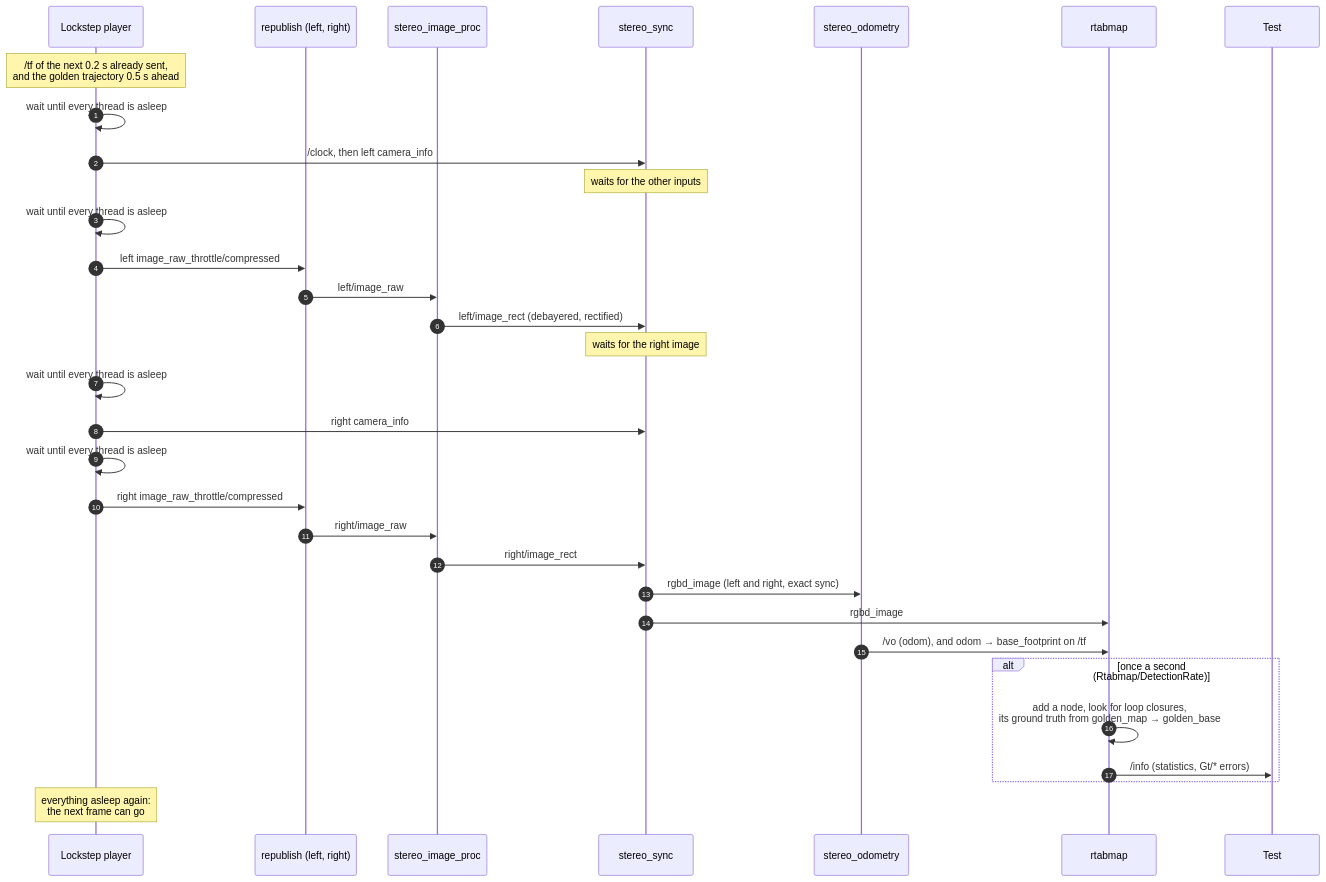
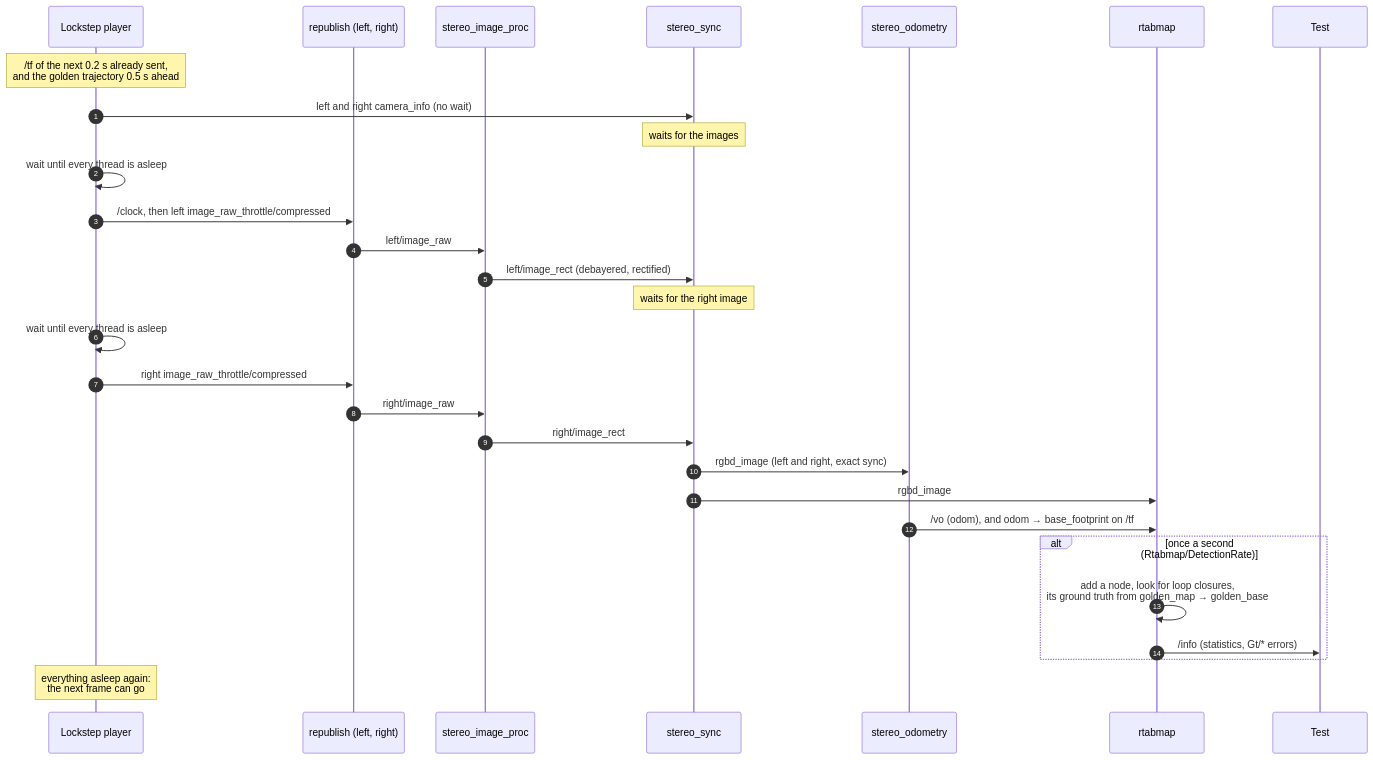
One commit to introlab/rtabmap_ros changed the second of 3 diagrams in rtabmap_demos/test/README.md. Above: the diagram before and after it, drawn with Mermaid. The commit also changed other lines of this file and 7 other files, not shown here.

````diff
--- a/rtabmap_demos/test/README.md
+++ b/rtabmap_demos/test/README.md
@@ -97,39 +101,35 @@
 ```mermaid
 sequenceDiagram
     autonumber
     participant P as Lockstep player
     participant R as republish (left, right)
     participant I as stereo_image_proc
     participant S as stereo_sync
     participant O as stereo_odometry
     participant M as rtabmap
     participant T as Test
 
     Note over P: /tf of the next 0.2 s already sent,<br/>and the golden trajectory 0.5 s ahead
 
-    P->>P: wait until every thread is asleep
-    P->>S: /clock, then left camera_info
-    Note over S: waits for the other inputs
+    P->>S: left and right camera_info (no wait)
+    Note over S: waits for the images
 
     P->>P: wait until every thread is asleep
-    P->>R: left image_raw_throttle/compressed
+    P->>R: /clock, then left image_raw_throttle/compressed
     R->>I: left/image_raw
     I->>S: left/image_rect (debayered, rectified)
     Note over S: waits for the right image
-
-    P->>P: wait until every thread is asleep
-    P->>S: right camera_info
 
     P->>P: wait until every thread is asleep
     P->>R: right image_raw_throttle/compressed
     R->>I: right/image_raw
     I->>S: right/image_rect
     S->>O: rgbd_image (left and right, exact sync)
     S->>M: rgbd_image
     O->>M: /vo (odom), and odom → base_footprint on /tf
     alt once a second (Rtabmap/DetectionRate)
         M->>M: add a node, look for loop closures,<br/>its ground truth from golden_map → golden_base
         M->>T: /info (statistics, Gt/* errors)
     end
     Note over P: everything asleep again:<br/>the next frame can go
 ```
````
